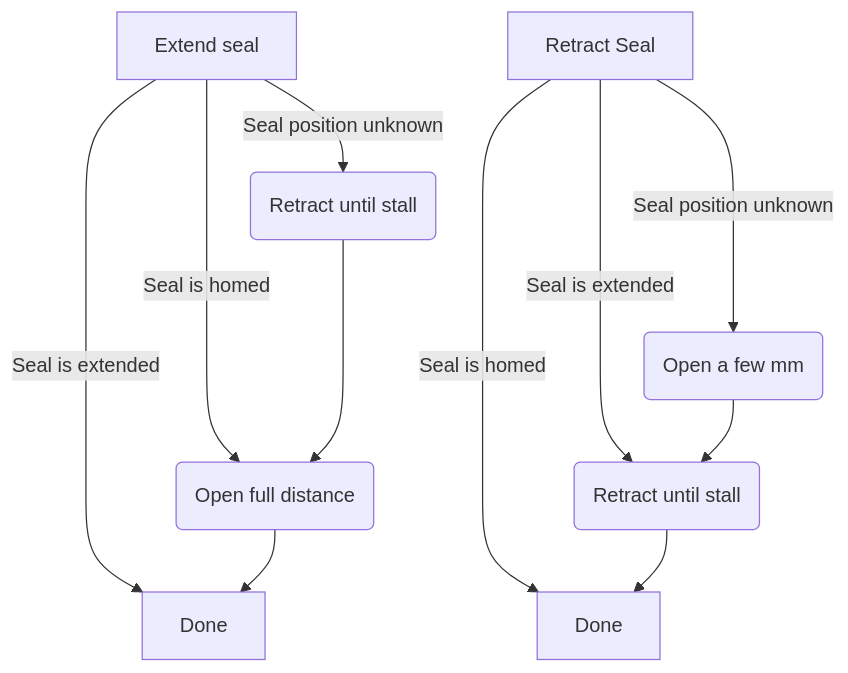
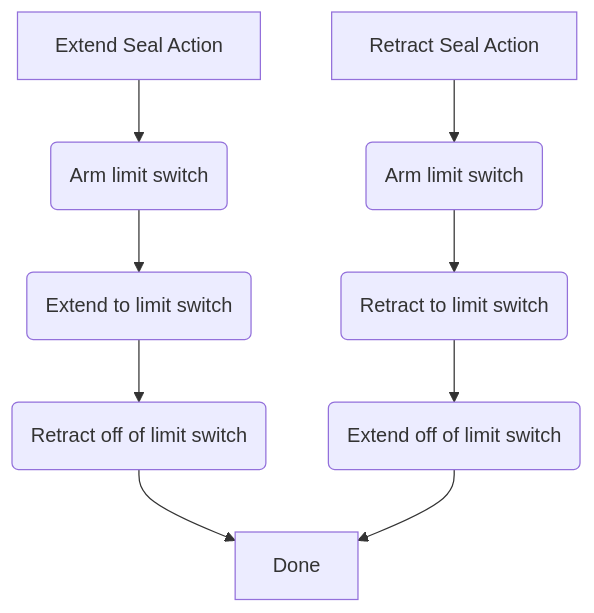
One commit to Opentrons/opentrons-modules changed the second of 3 diagrams in stm32-modules/thermocycler-gen2/firmware/motor_task/README.md. Above: the diagram before and after it, drawn with Mermaid. The commit also changed other lines of this file, not shown here.

Commit message:
Updated motor documentation

````diff
--- a/stm32-modules/thermocycler-gen2/firmware/motor_task/README.md
+++ b/stm32-modules/thermocycler-gen2/firmware/motor_task/README.md
@@ -39,24 +49,16 @@
 ```mermaid
 graph TD
-    Start1[Extend seal]
-    OpenFull1(Open full distance)
-    RetractFull1(Retract until stall)
-    Done1[Done]
-    
-    Start1 ----->|Seal is extended| Done1
-    Start1 ---->|Seal is homed| OpenFull1
-    Start1 -->|Seal position unknown| RetractFull1
-    RetractFull1 ---> OpenFull1
-    OpenFull1 --> Done1
+    EStart[Extend Seal Action]
+    EArm(Arm limit switch)
+    EExtend(Extend to limit switch)
+    ERetract(Retract off of limit switch)
+    Done[Done]
+    RStart[Retract Seal Action]
+    RArm(Arm limit switch)
+    RRetract(Retract to limit switch)
+    RExtend(Extend off of limit switch)
 
-    Start2[Retract Seal]
-    RetractFull2(Retract until stall)
-    OpenSome2(Open a few mm)
-    Done2[Done]
+    EStart --> EArm --> EExtend -->ERetract --> Done
+    RStart --> RArm --> RRetract --> RExtend --> Done
 
-    Start2 -->|Seal position unknown| OpenSome2
-    Start2 ---->|Seal is extended| RetractFull2
-    Start2 -->|Seal is homed| Done2
-    OpenSome2 --> RetractFull2
-    RetractFull2 --> Done2
 ```
````
